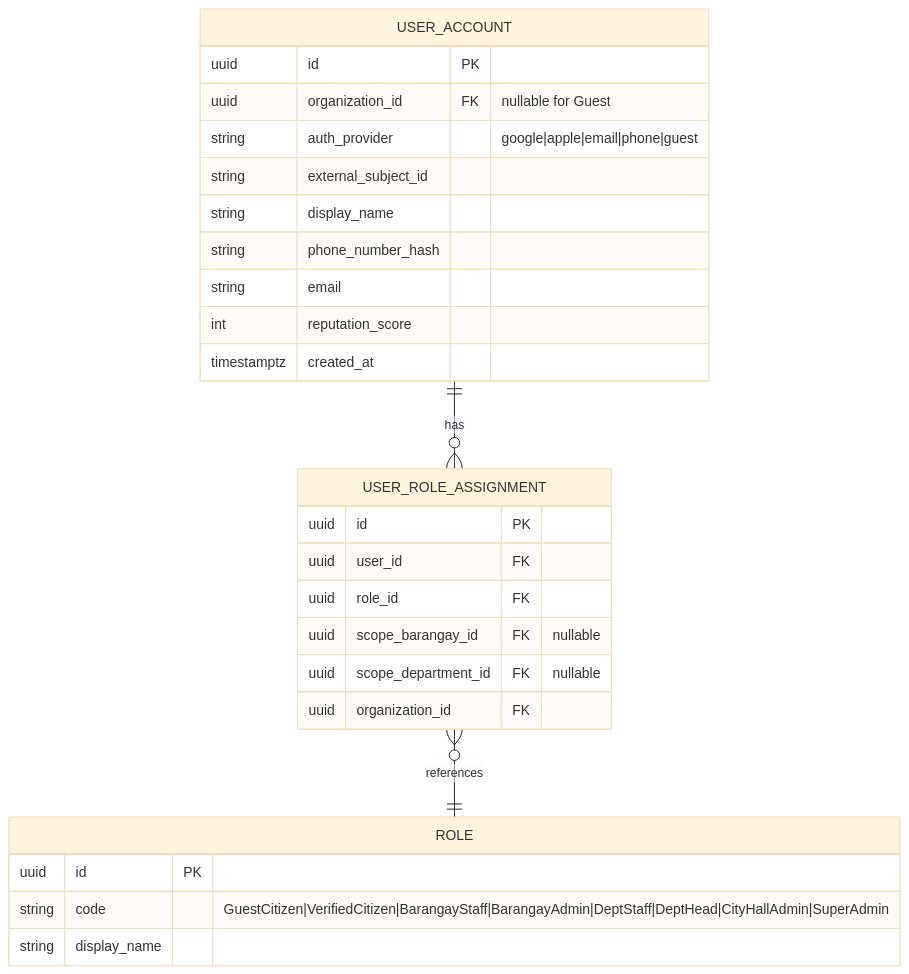
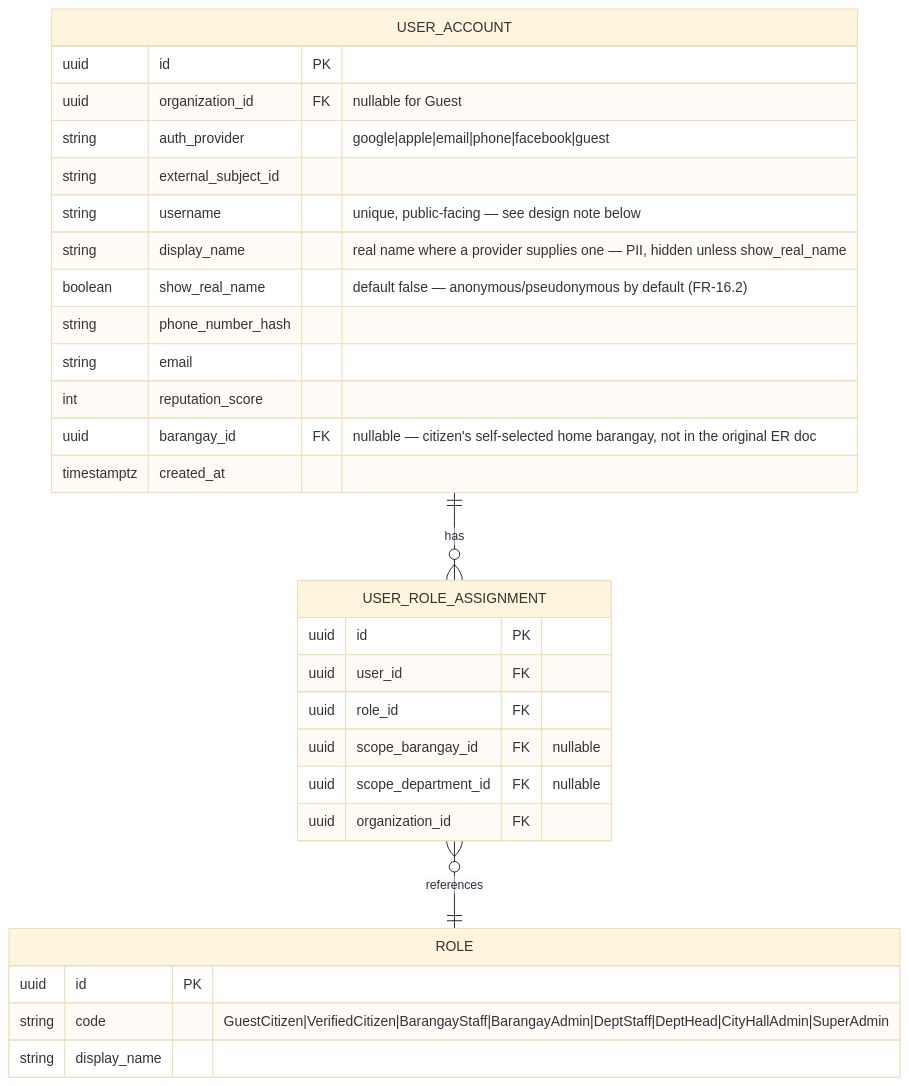
The second of 5 diagrams in docs/07-database-design.md (Rc357/project-aninag-draft-docs), drawn with Mermaid (base theme) before and after one commit. The commit also changed other lines of this file and 6 other files, not shown here.

````diff
--- a/docs/07-database-design.md
+++ b/docs/07-database-design.md
@@ -66,29 +66,32 @@
 ```mermaid
 erDiagram
     USER_ACCOUNT ||--o{ USER_ROLE_ASSIGNMENT : has
     USER_ROLE_ASSIGNMENT }o--|| ROLE : references
     USER_ACCOUNT {
         uuid id PK
         uuid organization_id FK "nullable for Guest"
-        string auth_provider "google|apple|email|phone|guest"
+        string auth_provider "google|apple|email|phone|facebook|guest"
         string external_subject_id
-        string display_name
+        string username "unique, public-facing — see design note below"
+        string display_name "real name where a provider supplies one — PII, hidden unless show_real_name"
+        boolean show_real_name "default false — anonymous/pseudonymous by default (FR-16.2)"
         string phone_number_hash
         string email
         int reputation_score
+        uuid barangay_id FK "nullable — citizen's self-selected home barangay, not in the original ER doc"
         timestamptz created_at
     }
     ROLE {
         uuid id PK
         string code "GuestCitizen|VerifiedCitizen|BarangayStaff|BarangayAdmin|DeptStaff|DeptHead|CityHallAdmin|SuperAdmin"
         string display_name
     }
     USER_ROLE_ASSIGNMENT {
         uuid id PK
         uuid user_id FK
         uuid role_id FK
         uuid scope_barangay_id FK "nullable"
         uuid scope_department_id FK "nullable"
         uuid organization_id FK
     }
 ```
````
